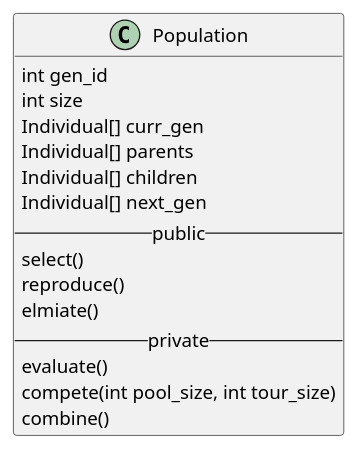
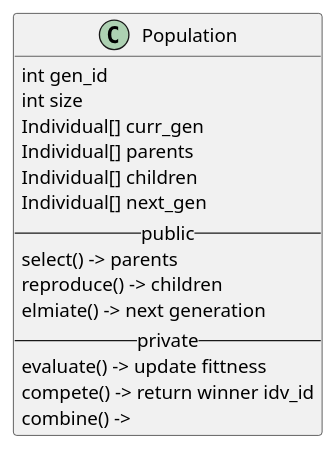
The third of 4 diagrams in doc/architecture.md (neal-nie/openGA), drawn with PlantUML before and after one commit. The commit also changed 1 other file, not shown here.

Commit message:
implement of select in population

````diff
--- a/doc/architecture.md
+++ b/doc/architecture.md
@@ -40,20 +40,20 @@
     ```puml
     @startuml
     Class Population {
         int gen_id
         int size
         Individual[] curr_gen
         Individual[] parents
         Individual[] children
         Individual[] next_gen
         --public--
-        select()
-        reproduce()
-        elmiate()
+        select() -> parents
+        reproduce() -> children
+        elmiate() -> next generation
         --private--
-        evaluate()
-        compete(int pool_size, int tour_size)
-        combine()
+        evaluate() -> update fittness
+        compete() -> return winner idv_id
+        combine() -> 
     }
     @enduml
     ```
````
